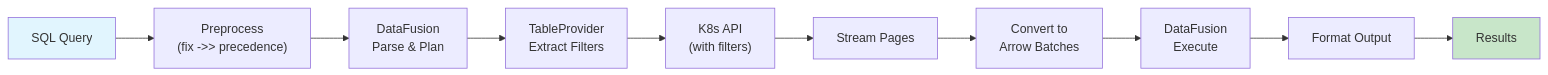
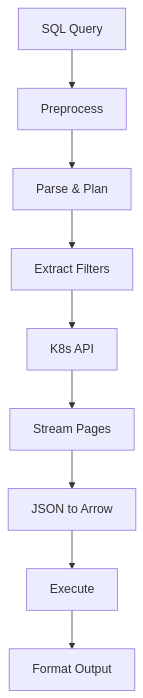
One commit to ndenev/k8sql changed the second of 3 diagrams in ARCHITECTURE.md. Above: the diagram before and after it, drawn with Mermaid. The commit also changed other lines of this file, not shown here.

Commit message:
Simplify diagrams for better readability

````diff
--- a/ARCHITECTURE.md
+++ b/ARCHITECTURE.md
@@ -40,15 +16,11 @@
 ```mermaid
-flowchart LR
-    SQL["SQL Query"] --> Preprocess["Preprocess<br/>(fix ->> precedence)"]
-    Preprocess --> DF["DataFusion<br/>Parse & Plan"]
-    DF --> Provider["TableProvider<br/>Extract Filters"]
-    Provider --> API["K8s API<br/>(with filters)"]
-    API --> Stream["Stream Pages"]
-    Stream --> Arrow["Convert to<br/>Arrow Batches"]
-    Arrow --> DFExec["DataFusion<br/>Execute"]
-    DFExec --> Format["Format Output"]
-    Format --> Result["Results"]
-
-    style SQL fill:#e1f5fe
-    style Result fill:#c8e6c9
+flowchart TB
+    SQL[SQL Query] --> Preprocess[Preprocess]
+    Preprocess --> Parse[Parse & Plan]
+    Parse --> Extract[Extract Filters]
+    Extract --> API[K8s API]
+    API --> Stream[Stream Pages]
+    Stream --> Arrow[JSON to Arrow]
+    Arrow --> Exec[Execute]
+    Exec --> Format[Format Output]
 ```
````
